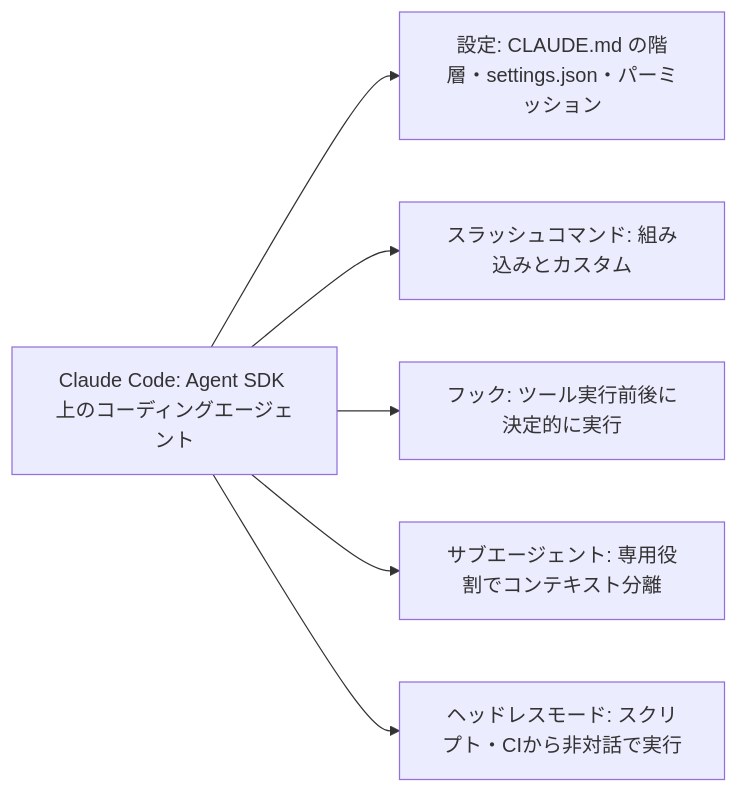
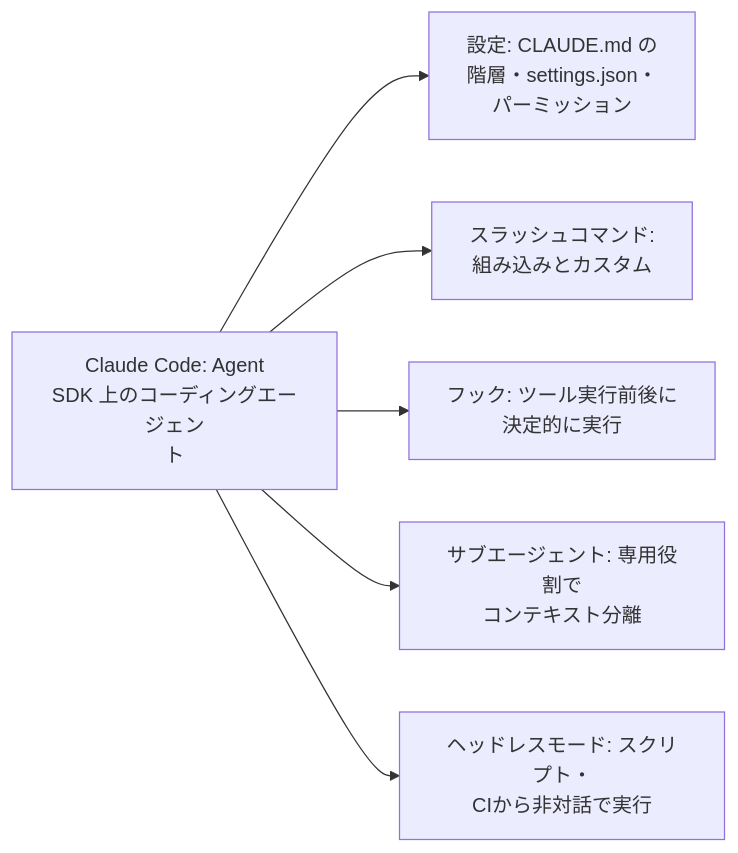
One commit to shingo0321/study changed the eighth of 9 diagrams in claude/developer-foundations/overview.md. Above: the diagram before and after it, drawn with Mermaid. The commit also changed other lines of this file and 5 other files, not shown here.

First line of the commit message:
Mermaid俯瞰図を横スクロールなしで表示できるよう調整

````diff
--- a/claude/developer-foundations/overview.md
+++ b/claude/developer-foundations/overview.md
@@ -204,8 +204,8 @@
 ```mermaid
 flowchart LR
-  CC["Claude Code: Agent SDK 上のコーディングエージェント"] --> CF["設定: CLAUDE.md の階層・settings.json・パーミッション"]
-  CC --> SC["スラッシュコマンド: 組み込みとカスタム"]
-  CC --> HK["フック: ツール実行前後に決定的に実行"]
-  CC --> SA["サブエージェント: 専用役割でコンテキスト分離"]
-  CC --> HL["ヘッドレスモード: スクリプト・CIから非対話で実行"]
+  CC["Claude Code: Agent<br/>SDK 上のコーディングエージェン<br/>ト"] --> CF["設定: CLAUDE.md の<br/>階層・settings.json・<br/>パーミッション"]
+  CC --> SC["スラッシュコマンド:<br/>組み込みとカスタム"]
+  CC --> HK["フック: ツール実行前後に<br/>決定的に実行"]
+  CC --> SA["サブエージェント: 専用役割で<br/>コンテキスト分離"]
+  CC --> HL["ヘッドレスモード: スクリプト・<br/>CIから非対話で実行"]
 ```
````
